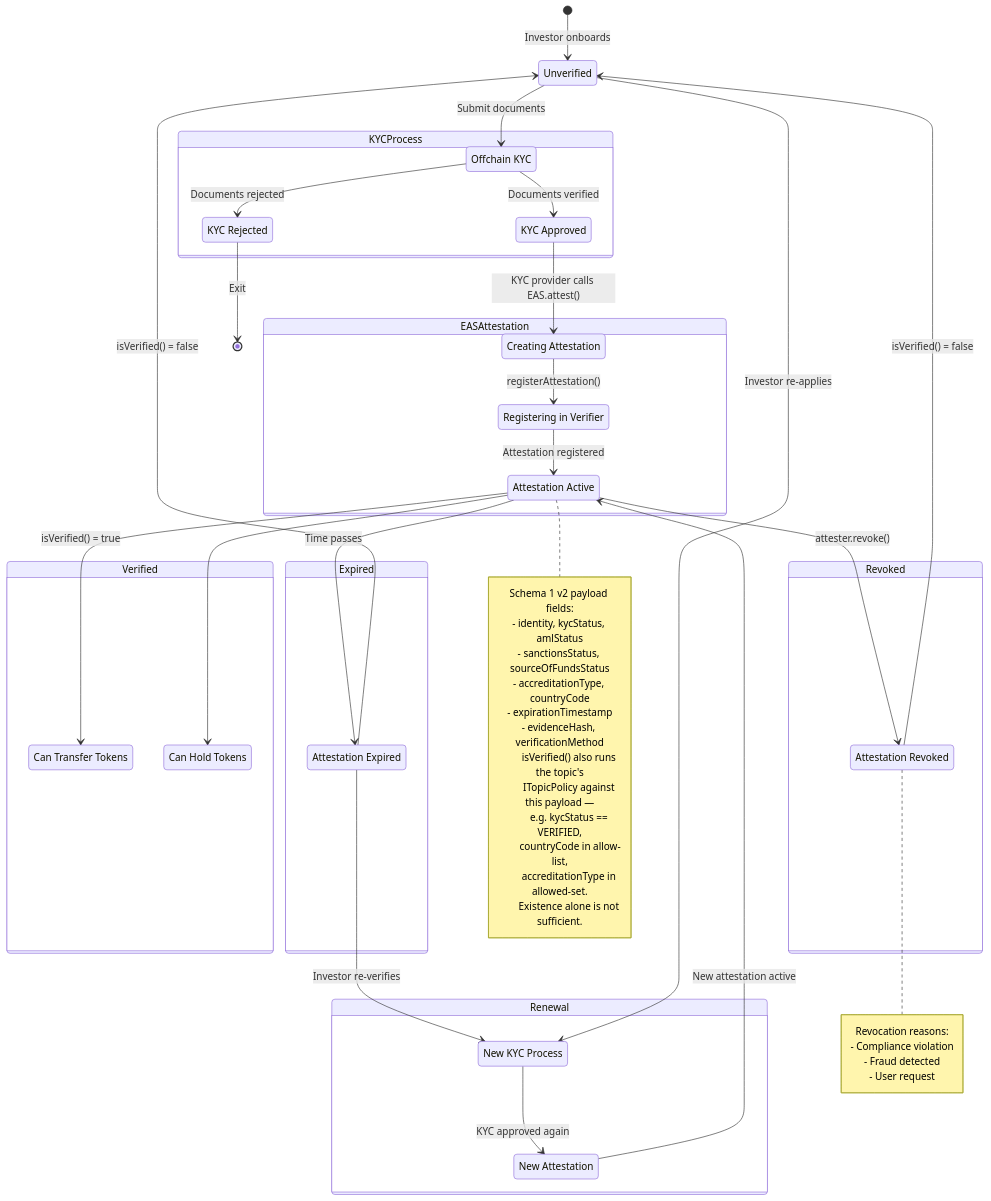
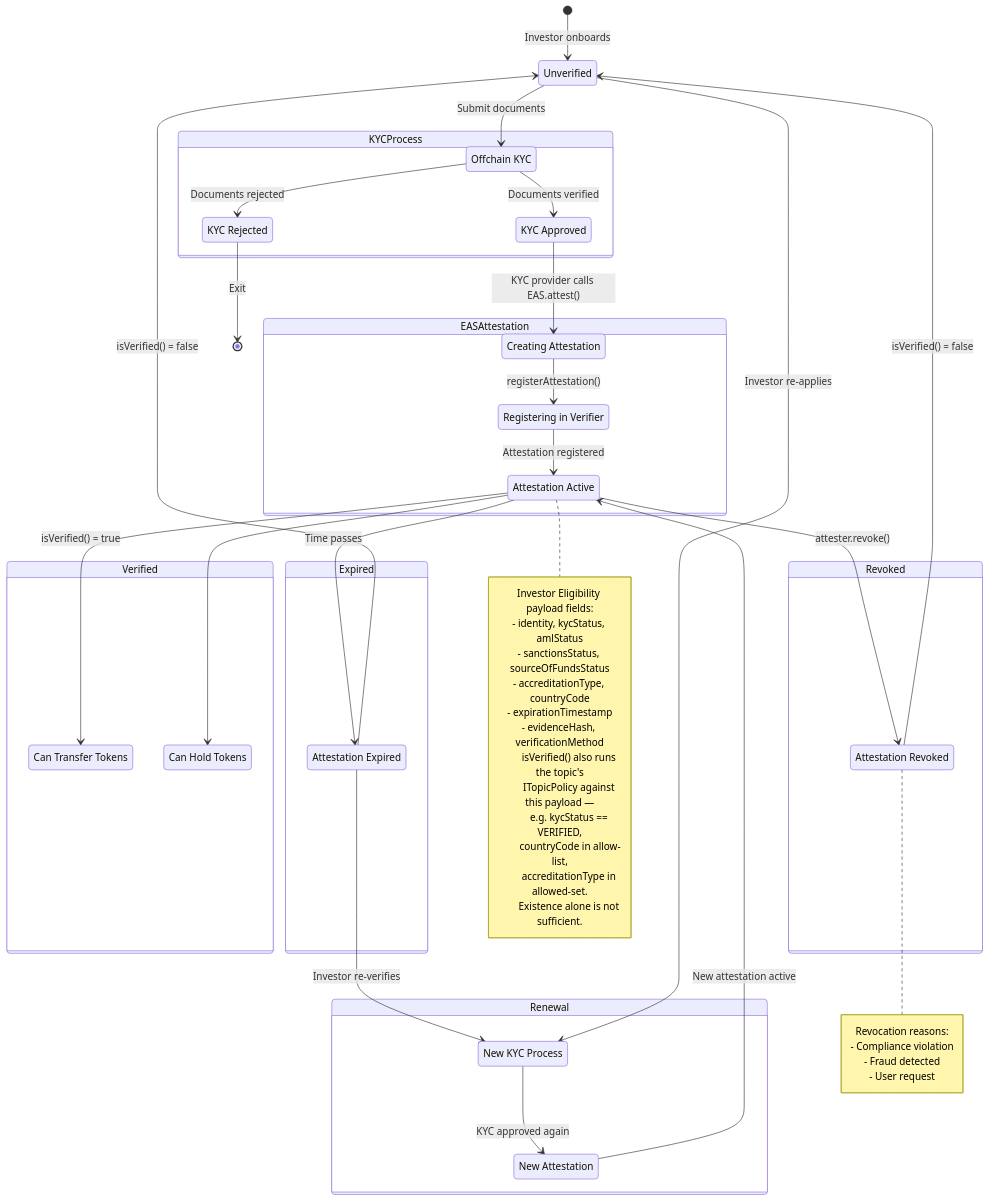
One commit to EntEthAlliance/rnd-rwa-erc3643-eas changed the diagram in diagrams/attestation-lifecycle.mmd. Above: the diagram before and after it, drawn with Mermaid. The commit also changed 32 other files, not shown here.

First line of the commit message:
refactor(schemas): drop version suffixes from schema names

```diff
--- a/diagrams/attestation-lifecycle.mmd
+++ b/diagrams/attestation-lifecycle.mmd
@@ -1,79 +1,79 @@
 stateDiagram-v2
     [*] --> Unverified: Investor onboards
 
     state KYCProcess {
         OffchainKYC: Offchain KYC
         KYCApproved: KYC Approved
         KYCRejected: KYC Rejected
     }
 
     Unverified --> OffchainKYC: Submit documents
     OffchainKYC --> KYCApproved: Documents verified
     OffchainKYC --> KYCRejected: Documents rejected
 
     state EASAttestation {
         Creating: Creating Attestation
         Registering: Registering in Verifier
         Active: Attestation Active
     }
 
     KYCApproved --> Creating: KYC provider calls EAS.attest()
     Creating --> Registering: registerAttestation()
     Registering --> Active: Attestation registered
 
     state Verified {
         CanTransfer: Can Transfer Tokens
         CanHold: Can Hold Tokens
     }
 
     Active --> CanTransfer: isVerified() = true
     Active --> CanHold
 
     state Revoked {
         AttestationRevoked: Attestation Revoked
     }
 
     Active --> AttestationRevoked: attester.revoke()
     AttestationRevoked --> Unverified: isVerified() = false
 
     state Expired {
         AttestationExpired: Attestation Expired
     }
 
     Active --> AttestationExpired: Time passes
     AttestationExpired --> Unverified: isVerified() = false
 
     state Renewal {
         NewKYC: New KYC Process
         NewAttestation: New Attestation
     }
 
     AttestationExpired --> NewKYC: Investor re-verifies
     Unverified --> NewKYC: Investor re-applies
     NewKYC --> NewAttestation: KYC approved again
     NewAttestation --> Active: New attestation active
 
     KYCRejected --> [*]: Exit
 
     note right of Active
-        Schema 1 v2 payload fields:
+        Investor Eligibility payload fields:
         - identity, kycStatus, amlStatus
         - sanctionsStatus, sourceOfFundsStatus
         - accreditationType, countryCode
         - expirationTimestamp
         - evidenceHash, verificationMethod
 
         isVerified() also runs the topic's
         ITopicPolicy against this payload —
         e.g. kycStatus == VERIFIED,
         countryCode in allow-list,
         accreditationType in allowed-set.
         Existence alone is not sufficient.
     end note
 
     note right of AttestationRevoked
         Revocation reasons:
         - Compliance violation
         - Fraud detected
         - User request
     end note
```
